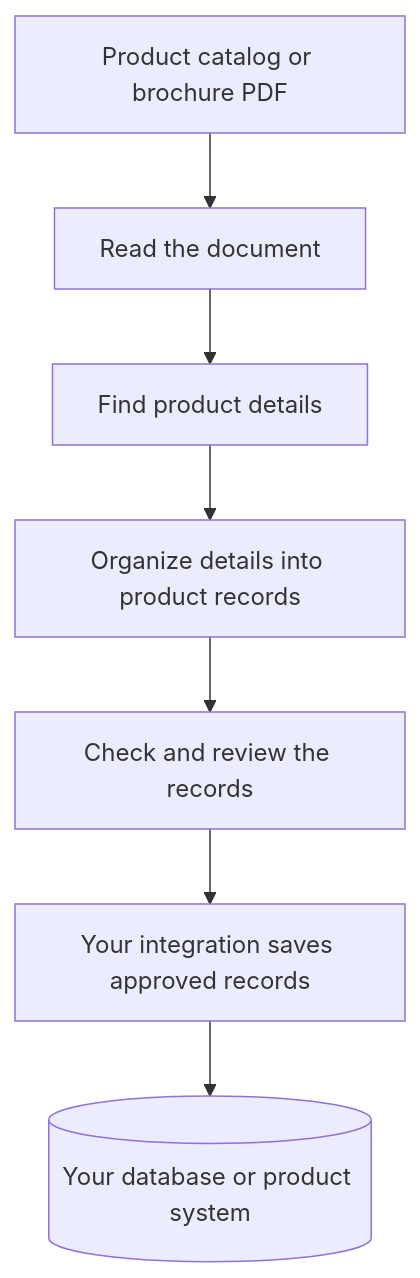
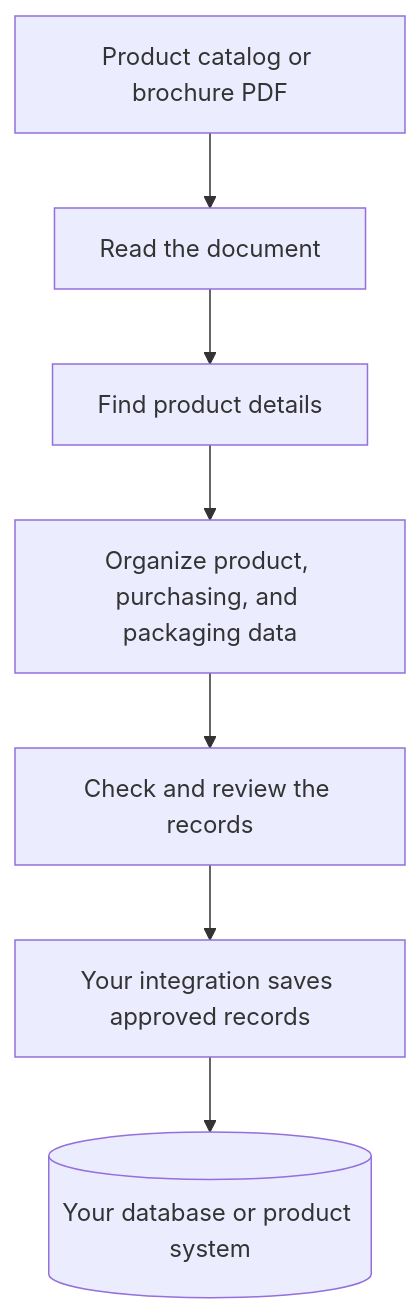
Before and after one commit to tlynx538/Multi-Agent-Catalog-Parser: the diagram in README.md, drawn with Mermaid. The commit also changed other lines of this file and 4 other files, not shown here.

````diff
--- a/README.md
+++ b/README.md
@@ -23,9 +31,9 @@
 ```mermaid
 flowchart TD
     Input["Product catalog or brochure PDF"] --> Read["Read the document"]
     Read --> Extract["Find product details"]
-    Extract --> Structure["Organize details into product records"]
+    Extract --> Structure["Organize product, purchasing, and packaging data"]
     Structure --> Review["Check and review the records"]
     Review --> Connect["Your integration saves approved records"]
     Connect --> Database[("Your database or product system")]
 ```
````
